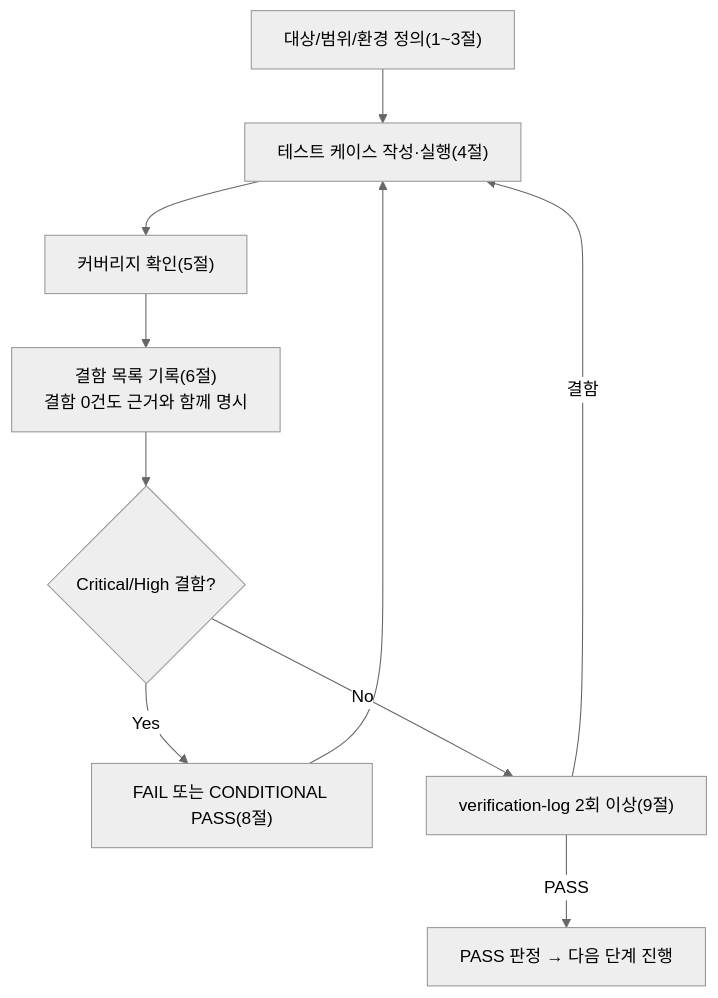
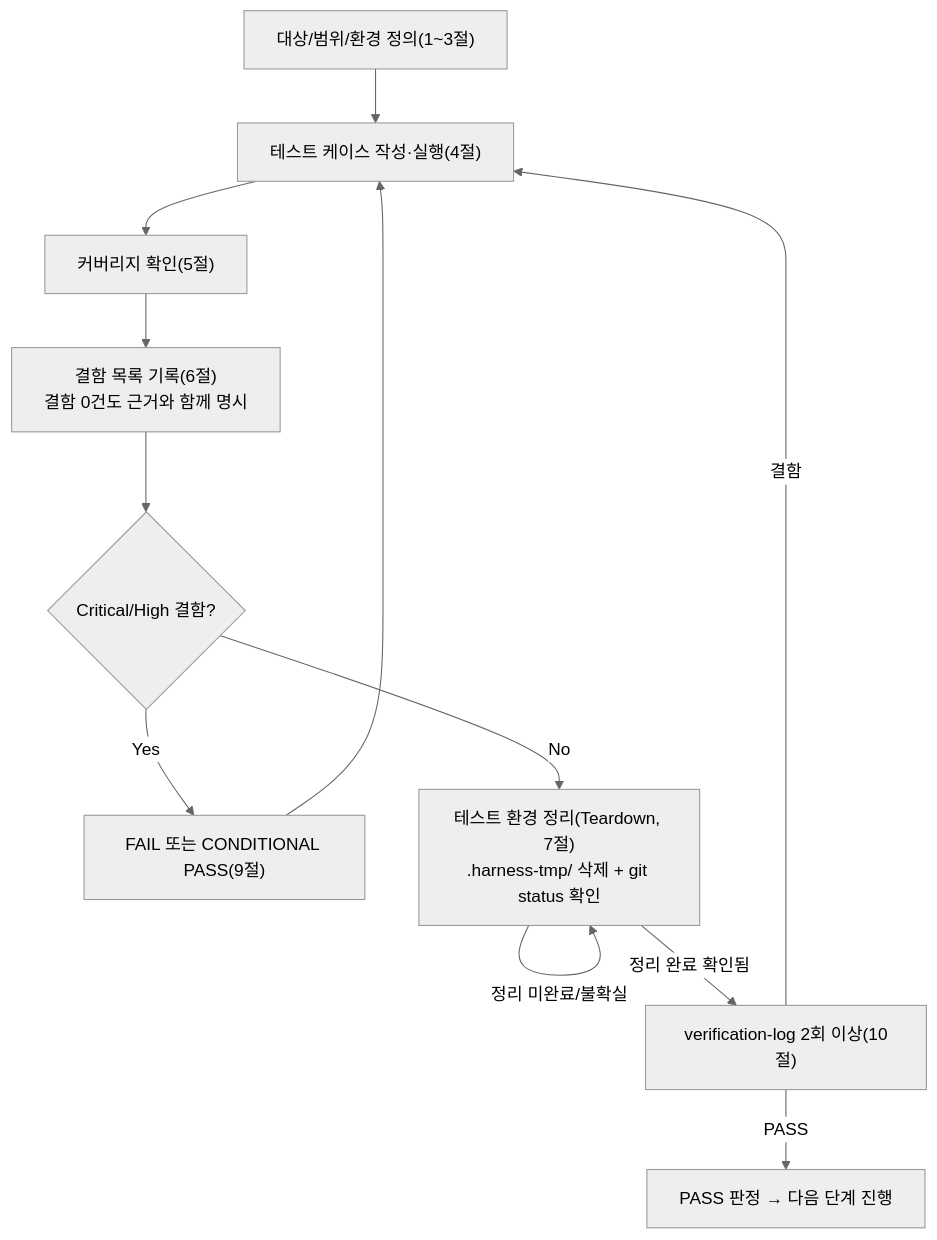
The diagram in templates/test-report-template.md (jcs19752510-ui/AI-AUTO-WORK), drawn with Mermaid (neutral theme) before and after one commit. The commit also changed other lines of this file and 10 other files, not shown here.

````diff
--- a/templates/test-report-template.md
+++ b/templates/test-report-template.md
@@ -58,12 +67,14 @@
 ```mermaid
 flowchart TD
     A["대상/범위/환경 정의(1~3절)"] --> B["테스트 케이스 작성·실행(4절)"]
     B --> C["커버리지 확인(5절)"]
     C --> D["결함 목록 기록(6절)<br/>결함 0건도 근거와 함께 명시"]
     D --> E{Critical/High 결함?}
-    E -->|Yes| F["FAIL 또는 CONDITIONAL PASS(8절)"]
+    E -->|Yes| F["FAIL 또는 CONDITIONAL PASS(9절)"]
     F --> B
-    E -->|No| G["verification-log 2회 이상(9절)"]
+    E -->|No| T["테스트 환경 정리(Teardown, 7절)<br/>.harness-tmp/ 삭제 + git status 확인"]
+    T -->|정리 미완료/불확실| T
+    T -->|정리 완료 확인됨| G["verification-log 2회 이상(10절)"]
     G -->|결함| B
     G -->|PASS| H["PASS 판정 → 다음 단계 진행"]
 ```
````
